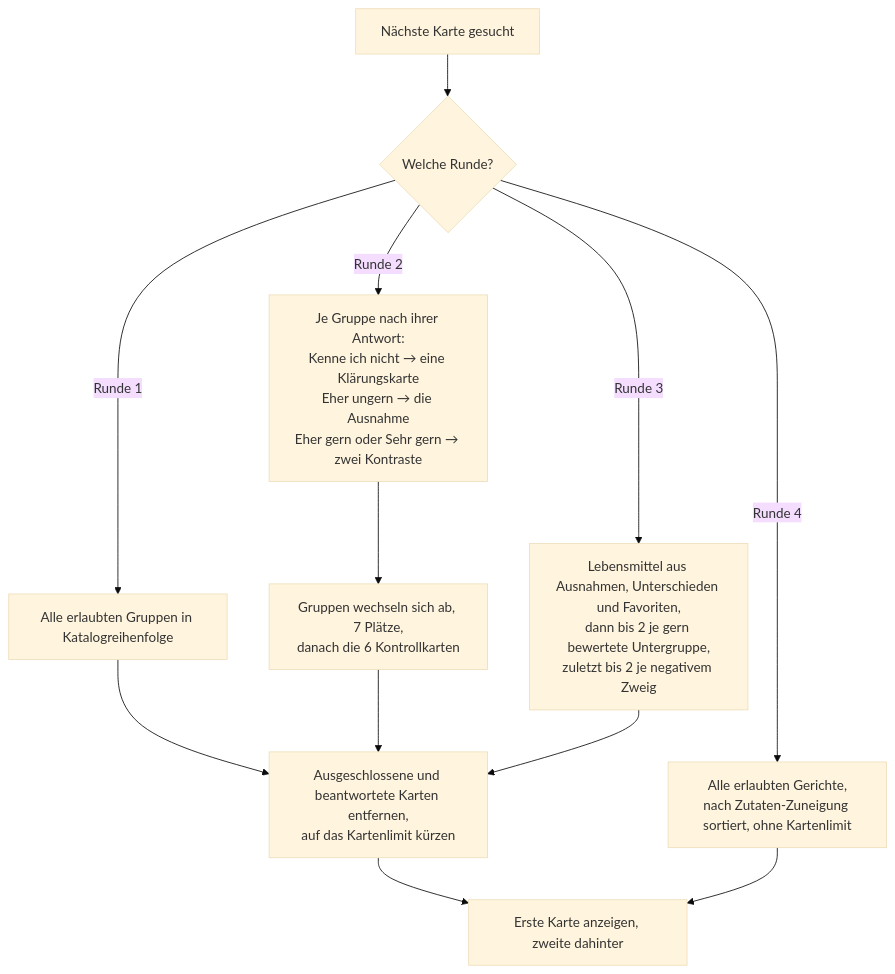
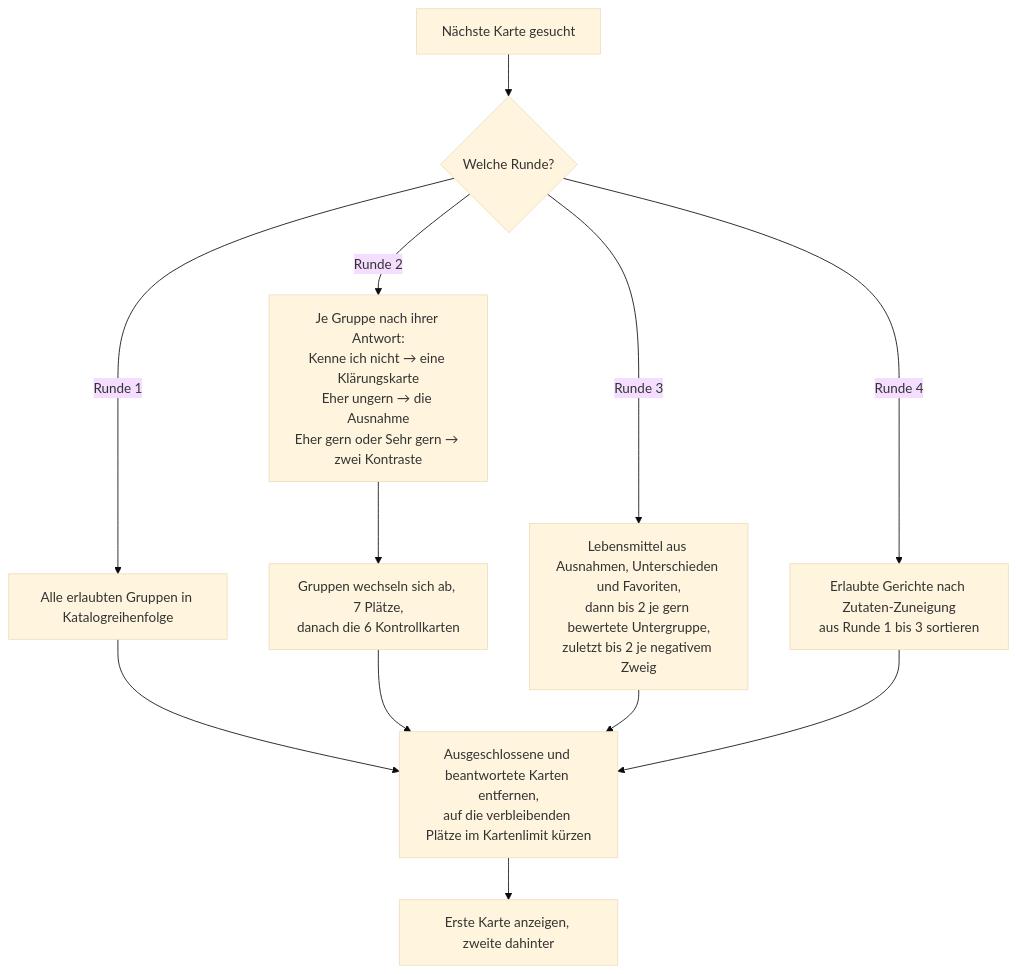
The third of 6 diagrams in docs/05_Flowcharts.md (kerisan-jeg/geschmacksprofil-50plus), drawn with Mermaid (base theme) before and after one commit. The commit also changed other lines of this file and 21 other files, not shown here.

Commit message:
Runde 4 auf 13 Gerichtsvorschläge basierend auf den Vorrunden begrenzen

````diff
--- a/docs/05_Flowcharts.md
+++ b/docs/05_Flowcharts.md
@@ -72,12 +72,11 @@
 ```mermaid
 flowchart TD
   A["Nächste Karte gesucht"] --> B{"Welche Runde?"}
   B -- "Runde 1" --> C["Alle erlaubten Gruppen in Katalogreihenfolge"]
   B -- "Runde 2" --> D["Je Gruppe nach ihrer Antwort:<br/>Kenne ich nicht → eine Klärungskarte<br/>Eher ungern → die Ausnahme<br/>Eher gern oder Sehr gern → zwei Kontraste"]
   D --> D2["Gruppen wechseln sich ab, 7 Plätze,<br/>danach die 6 Kontrollkarten"]
   B -- "Runde 3" --> E["Lebensmittel aus Ausnahmen, Unterschieden und Favoriten,<br/>dann bis 2 je gern bewertete Untergruppe,<br/>zuletzt bis 2 je negativem Zweig"]
-  B -- "Runde 4" --> F["Alle erlaubten Gerichte,<br/>nach Zutaten-Zuneigung sortiert, ohne Kartenlimit"]
-  C & D2 & E --> G["Ausgeschlossene und beantwortete Karten entfernen,<br/>auf das Kartenlimit kürzen"]
+  B -- "Runde 4" --> F["Erlaubte Gerichte nach Zutaten-Zuneigung<br/>aus Runde 1 bis 3 sortieren"]
+  C & D2 & E & F --> G["Ausgeschlossene und beantwortete Karten entfernen,<br/>auf die verbleibenden Plätze im Kartenlimit kürzen"]
   G --> H["Erste Karte anzeigen, zweite dahinter"]
-  F --> H
 ```
````
